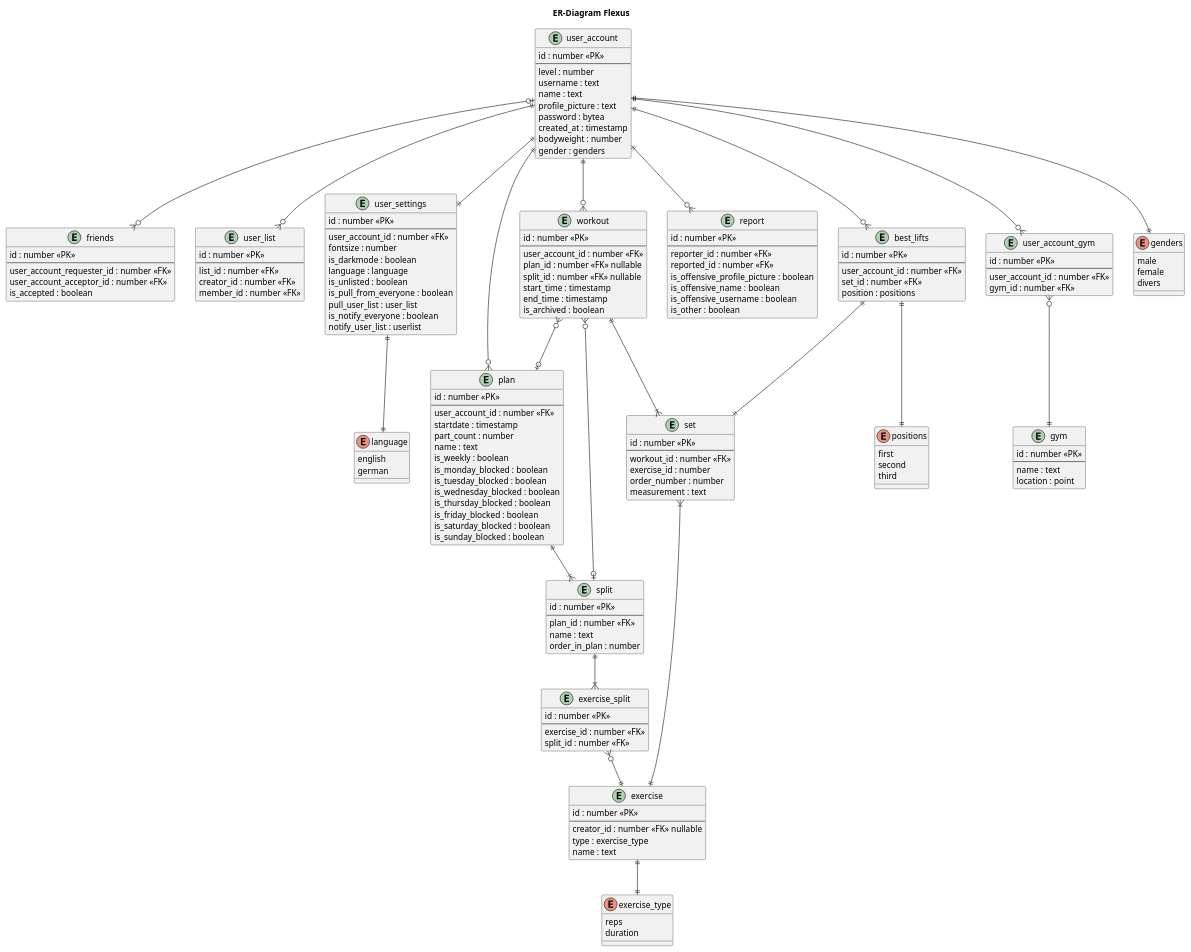
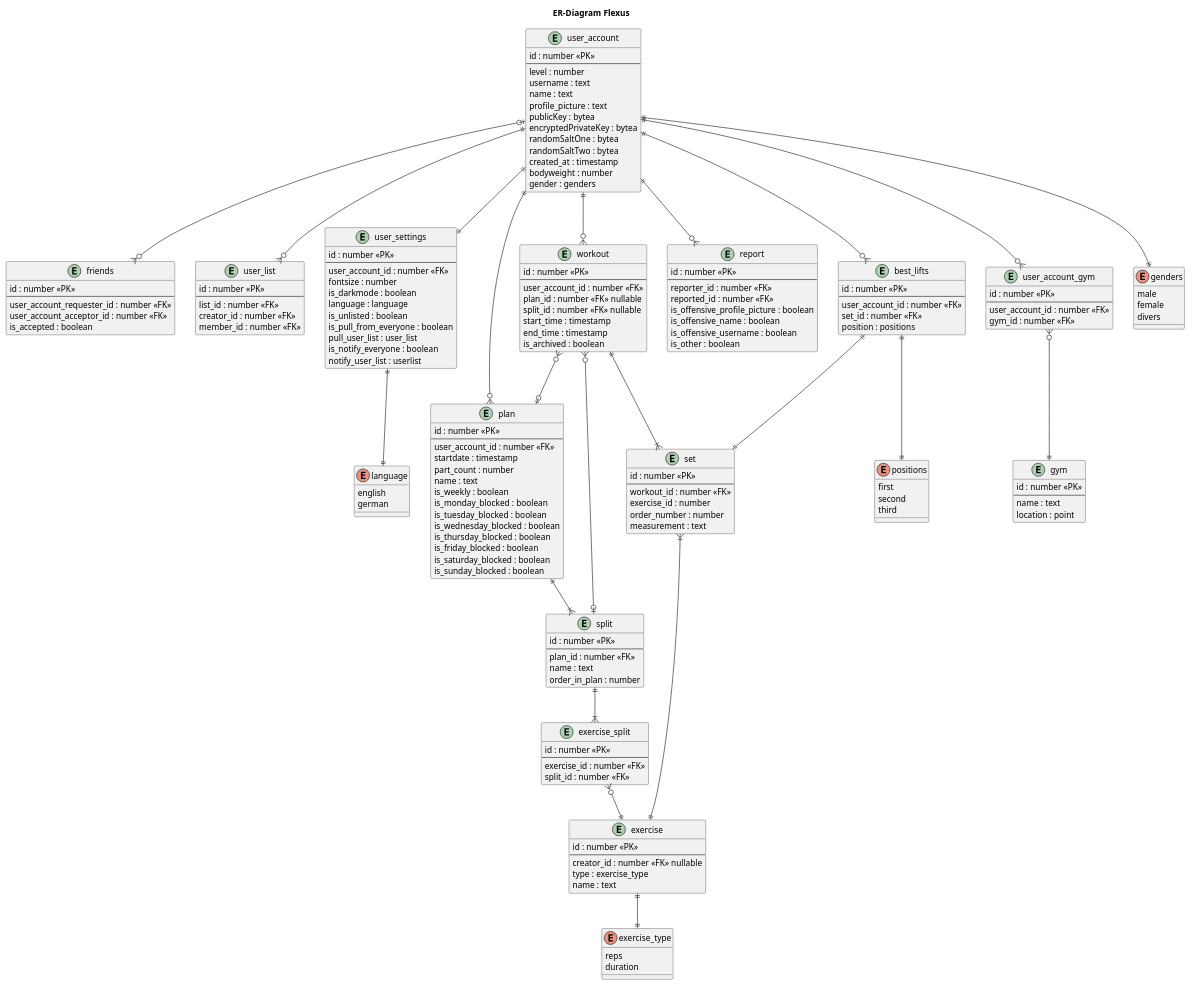
The diagram in backend/docs/er-diagram-postgres.plantuml (danielholzwarth/flexus), drawn with PlantUML before and after one commit. The commit also changed 12 other files, not shown here.

```diff
--- a/backend/docs/er-diagram-postgres.plantuml
+++ b/backend/docs/er-diagram-postgres.plantuml
@@ -1,186 +1,189 @@
 @startuml test
 title ER-Diagram Flexus
 
 entity user_account {
     id : number <<PK>>
     --
     level : number
     username : text
     name : text
     profile_picture : text
-    password : bytea 
+    publicKey : bytea
+    encryptedPrivateKey : bytea
+    randomSaltOne : bytea
+    randomSaltTwo : bytea
     created_at : timestamp
     bodyweight : number
     gender : genders
 }
 
 entity friends {
     id : number <<PK>>
     --
     user_account_requester_id : number <<FK>>
     user_account_acceptor_id : number <<FK>>
     is_accepted : boolean
 }
 
 entity user_list {
     id : number <<PK>>
     --
     list_id : number <<FK>>
     creator_id : number <<FK>>
     member_id : number <<FK>>
 }
 
 
 entity user_settings {
     id : number <<PK>>
     --
     user_account_id : number <<FK>>
     fontsize : number
     is_darkmode : boolean
     language : language
     is_unlisted : boolean
     is_pull_from_everyone : boolean
     pull_user_list : user_list
     is_notify_everyone : boolean
     notify_user_list : userlist
 }
 
 entity plan {
     id : number <<PK>>
     --
     user_account_id : number <<FK>>
     startdate : timestamp
     part_count : number
     name : text
     is_weekly : boolean
     is_monday_blocked : boolean
     is_tuesday_blocked : boolean
     is_wednesday_blocked : boolean
     is_thursday_blocked : boolean
     is_friday_blocked : boolean
     is_saturday_blocked : boolean
     is_sunday_blocked : boolean
 }
 
 entity split {
     id : number <<PK>>
     --
     plan_id : number <<FK>>
     name : text
     order_in_plan : number
 }
 
 entity exercise {
     id : number <<PK>>
     --
     creator_id : number <<FK>> nullable
     type : exercise_type
     name : text
 }
 
 entity set {
     id : number <<PK>>
     --
     workout_id : number <<FK>>
     exercise_id : number
     order_number : number
     measurement : text
 }
 
 entity workout {
     id : number <<PK>>
     --
     user_account_id : number <<FK>>
     plan_id : number <<FK>> nullable
     split_id : number <<FK>> nullable
     start_time : timestamp
     end_time : timestamp
     is_archived : boolean
 }
 
 entity gym {
     id : number <<PK>>
     --
     name : text
     location : point
 }
 
 entity report {
     id : number <<PK>>
     --
     reporter_id : number <<FK>>
     reported_id : number <<FK>>
     is_offensive_profile_picture : boolean
     is_offensive_name : boolean
     is_offensive_username : boolean
     is_other : boolean
 }
 
 entity user_account_gym {
     id : number <<PK>>
     --
     user_account_id : number <<FK>>
     gym_id : number <<FK>>
 }
 
 entity exercise_split {
     id : number <<PK>>
     --
     exercise_id : number <<FK>>
     split_id : number <<FK>>
 }
 
 entity best_lifts {
     id : number <<PK>>
     --
     user_account_id : number <<FK>>
     set_id : number <<FK>>
     position : positions
 }
 
 enum exercise_type {
     reps
     duration
 }
 
 enum genders {
     male
     female
     divers
 }
 
 enum language {
     english
     german
 }
 
 enum positions {
     first
     second
     third
 }
 
 
 user_account ||--|| user_settings
 user_account ||--|| genders
 user_account ||--o{ user_account_gym
 user_account_gym }o--|| gym 
 user_account |o--o{ friends
 user_account ||--o{ user_list
 user_account ||--o{ workout 
 user_account ||--o{ report 
 user_account ||--o{ best_lifts
 user_settings ||--|| language
 best_lifts ||--|| set
 best_lifts ||--|| positions
 exercise ||--|| exercise_type
 user_account ||--o{ plan
 plan ||--|{ split
 split ||--|{ exercise_split
 exercise_split }o--|| exercise
 set }|--|| exercise
 workout }o--o| plan
 workout }o--o| split
 workout ||--|{ set
 
 @enduml
```
